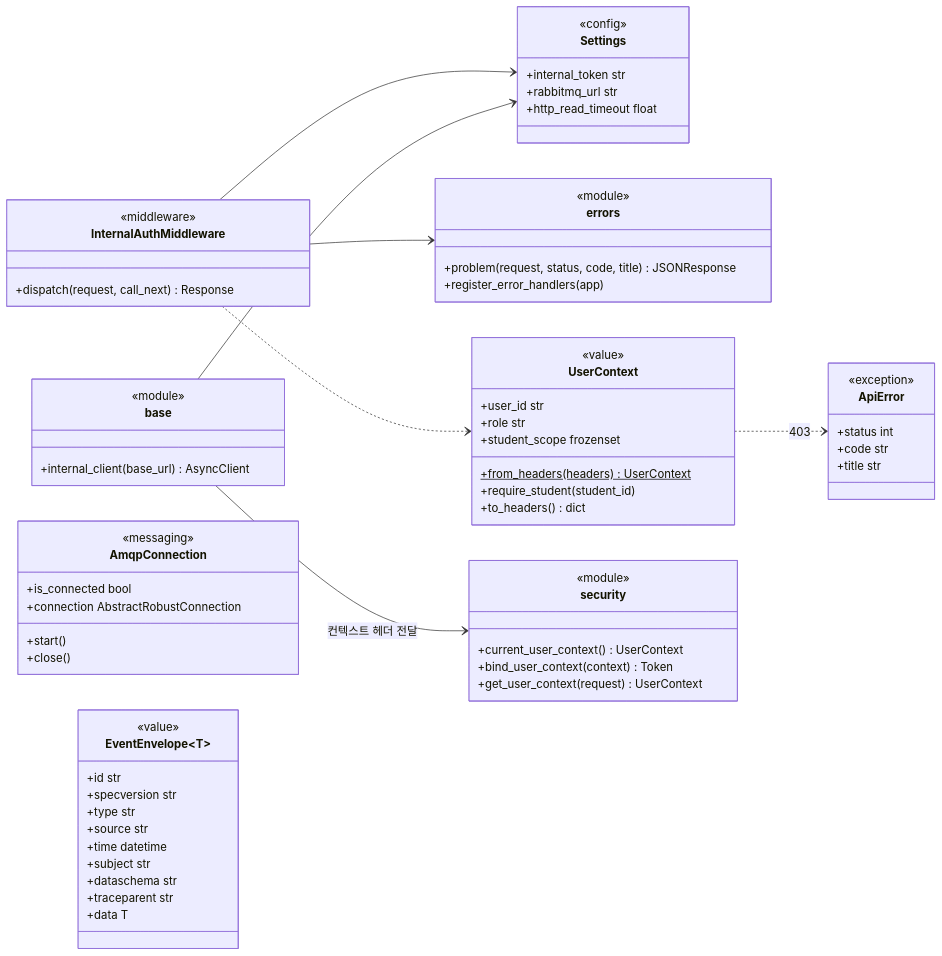
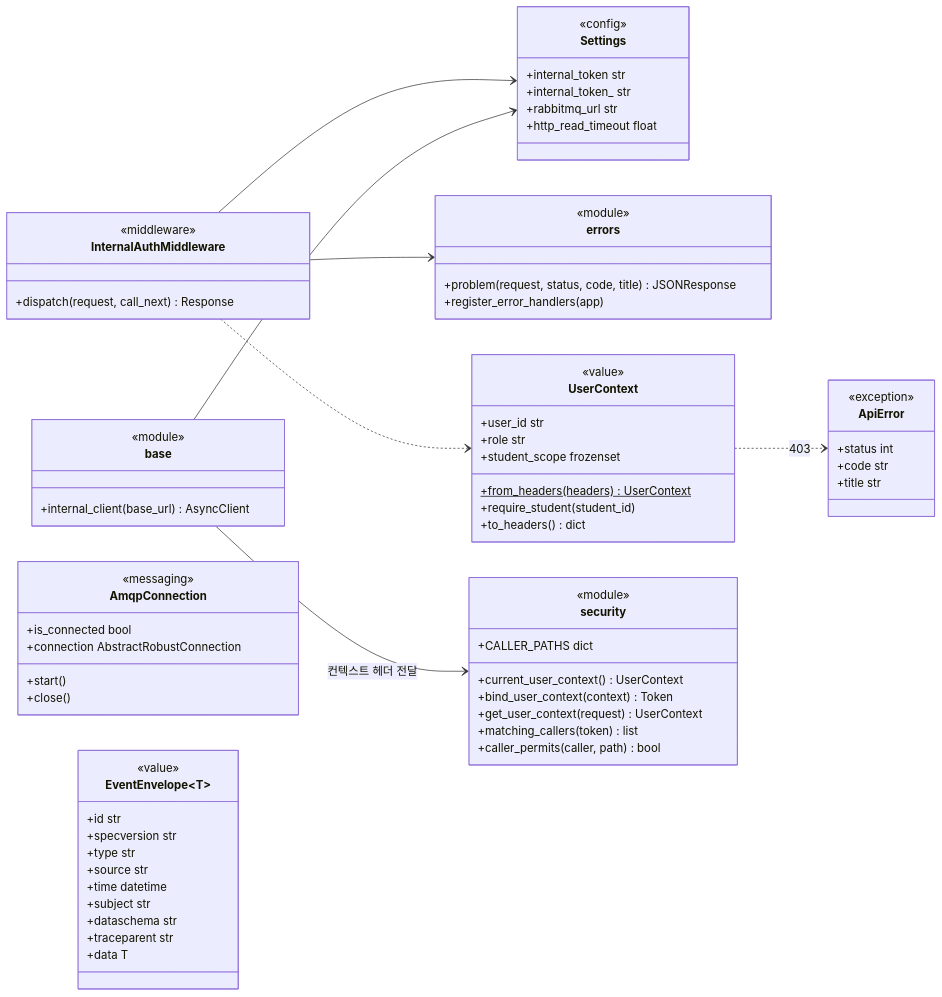
The second of 23 diagrams in docs/design/class-diagram.md (SKNETWORKS-FAMILY-AICAMP/SKN34-FINAL-3TEAM), drawn with Mermaid before and after one commit. The commit also changed other lines of this file and 74 other files, not shown here.

````diff
--- a/docs/design/class-diagram.md
+++ b/docs/design/class-diagram.md
@@ -162,70 +168,74 @@
 ```mermaid
 classDiagram
   direction LR
   class Settings {
     <<config>>
     +internal_token str
+    +internal_token_<caller> str
     +rabbitmq_url str
     +http_read_timeout float
   }
   class ApiError {
     <<exception>>
     +status int
     +code str
     +title str
   }
   class errors {
     <<module>>
     +problem(request, status, code, title) JSONResponse
     +register_error_handlers(app)
   }
   class UserContext {
     <<value>>
     +user_id str
     +role str
     +student_scope frozenset
     +from_headers(headers)$ UserContext
     +require_student(student_id)
     +to_headers() dict
   }
   class security {
     <<module>>
     +current_user_context() UserContext
     +bind_user_context(context) Token
     +get_user_context(request) UserContext
+    +CALLER_PATHS dict
+    +matching_callers(token) list
+    +caller_permits(caller, path) bool
   }
   class InternalAuthMiddleware {
     <<middleware>>
     +dispatch(request, call_next) Response
   }
   class base {
     <<module>>
     +internal_client(base_url) AsyncClient
   }
   class AmqpConnection {
     <<messaging>>
     +start()
     +is_connected bool
     +connection AbstractRobustConnection
     +close()
   }
   class EventEnvelope~T~ {
     <<value>>
     +id str
     +specversion str
     +type str
     +source str
     +time datetime
     +subject str
     +dataschema str
     +traceparent str
     +data T
   }
 
   InternalAuthMiddleware --> Settings
   InternalAuthMiddleware ..> UserContext
   InternalAuthMiddleware --> errors
   UserContext ..> ApiError : 403
   base --> security : 컨텍스트 헤더 전달
   base --> Settings
 ```
````
